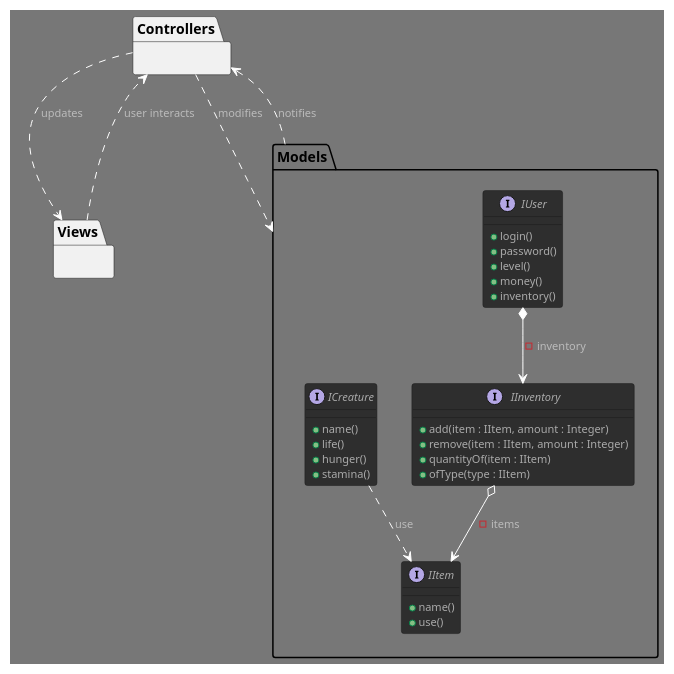
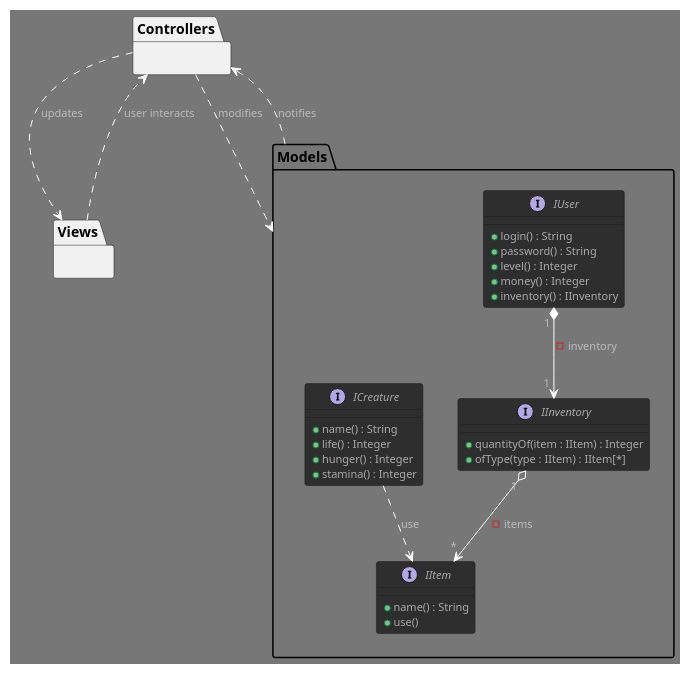
One commit to GlazKrovi/VirtualNoe changed the diagram in VirtualNoe.puml. Above: the diagram before and after it, drawn with PlantUML.

Commit message:
update models' relations

```diff
--- a/VirtualNoe.puml
+++ b/VirtualNoe.puml
@@ -1,54 +1,60 @@
 @startuml VirtualNoe
 
 !theme reddress-darkgreen
 
 package Models
 {
     interface IUser
     {
-        + login()
-        + password()
-        + level()
-        + money()
-        + inventory()
+        + login() : String
+        + password() : String
+        + level() : Integer
+        + money() : Integer
+        + inventory() : IInventory
     }
 
     interface IInventory 
     { 
-        + add(item : IItem, amount : Integer)
-        + remove(item : IItem, amount : Integer)
-        + quantityOf(item : IItem)
-        + ofType(type : IItem)
+        + quantityOf(item : IItem) : Integer
+        + ofType(type : IItem) : IItem[*]
     }
 
     interface IItem
     {
-        + name()
+        + name() : String
         + use()
     }
 
     interface ICreature 
     { 
-        + name()
-        + life()
-        + hunger()
-        + stamina()
+        + name() : String
+        + life() : Integer
+        + hunger() : Integer
+        + stamina() : Integer
     }
 }
 
-package Controllers { }
-package Views { }
+package Controllers 
+{ 
+   
+
+}
+
+package Views 
+{ 
+    
+}
 
 /' RELATIONS '/
-IUser *--> IInventory : - inventory
-IInventory o--> IItem : - items
+IUser" 1 " *--> " 1 "IInventory : - inventory
+IInventory" 1 " o--> " * "IItem : - items
 ICreature ..> IItem : use               /' TODO - not sure '/
 
 
 /' MVC '/
 Controllers ..> Models : modifies
 Controllers ..> Views : updates
 Views ..> Controllers : user interacts
 Models ..> Controllers : notifies 
 
 @enduml
```
